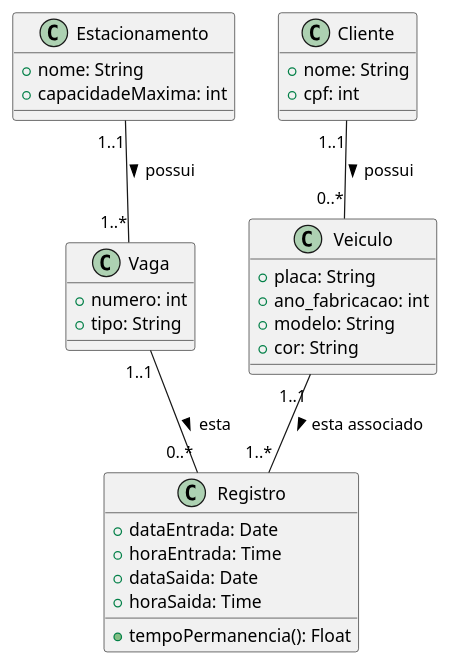
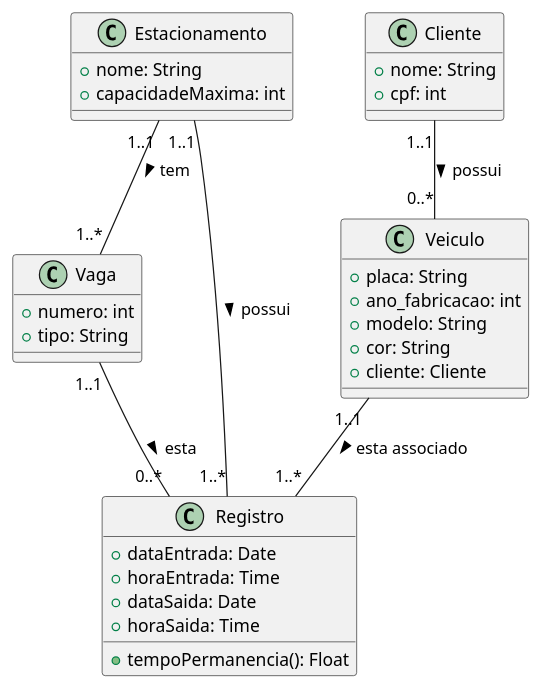
The diagram in analise_projeto_sistemas-2024.2/exercicio8/gestaoEstacionamento.puml (kaylannesantos/ifpi), drawn with PlantUML before and after one commit. The commit also changed 2 other files, not shown here.

```diff
--- a/analise_projeto_sistemas-2024.2/exercicio8/gestaoEstacionamento.puml
+++ b/analise_projeto_sistemas-2024.2/exercicio8/gestaoEstacionamento.puml
@@ -1,38 +1,42 @@
 @startuml DC - Gestão de Estacionamento
 
 class Estacionamento {
     +nome: String 
     +capacidadeMaxima: int 
 }
 
 class Vaga {
     +numero: int 
     +tipo: String 
 }
 
 class Cliente {
     +nome: String 
-    +cpf: int 
+    +cpf: int
 }
+
 
 class Veiculo {
     +placa: String
     +ano_fabricacao: int
     +modelo: String
     +cor: String
+    +cliente: Cliente
 }
+
 
 class Registro {
     +dataEntrada: Date
     +horaEntrada: Time
     +dataSaida: Date
     +horaSaida: Time
     +tempoPermanencia(): Float
 }
 
-Estacionamento "1..1" -- "1..*" Vaga: possui >
+Estacionamento "1..1" -- "1..*" Vaga: tem >
+Estacionamento "1..1" -- "1..*" Registro: possui >
 Vaga "1..1" -- "0..*" Registro: esta >
 Veiculo "1..1" -- "1..*" Registro: esta associado >
 Cliente "1..1" -- "0..*" Veiculo: possui >
 
 @enduml
```
